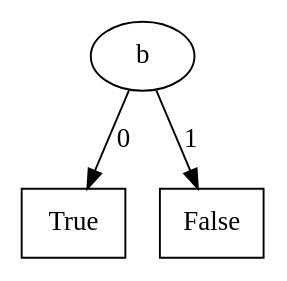
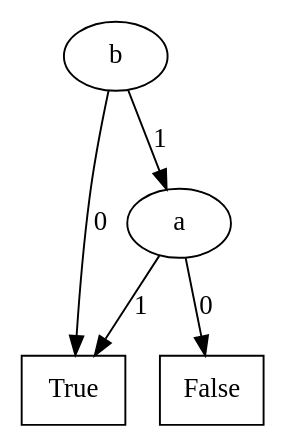
The diagram in Mu-calculus_model_checker/f13.dot (lputruele/tesis), drawn with Graphviz before and after one commit. The commit also changed 4 other files, not shown here.

```diff
--- a/Mu-calculus_model_checker/f13.dot
+++ b/Mu-calculus_model_checker/f13.dot
@@ -1,15 +1,23 @@
 digraph BDD {
 node[shape=oval];
-2[label="b"];
+3[label="b"];
 node[shape=rectangle];
 1[label=True];
 node[shape=oval];
 
-2->1[label=0];
+3->1[label=0];
+2[label="a"];
 node[shape=rectangle];
 0[label=False];
 node[shape=oval];
 
-2->0[label=1];
+2->0[label=0];
+node[shape=rectangle];
+1[label=True];
+node[shape=oval];
+
+2->1[label=1];
+
+3->2[label=1];
 
 }
```
